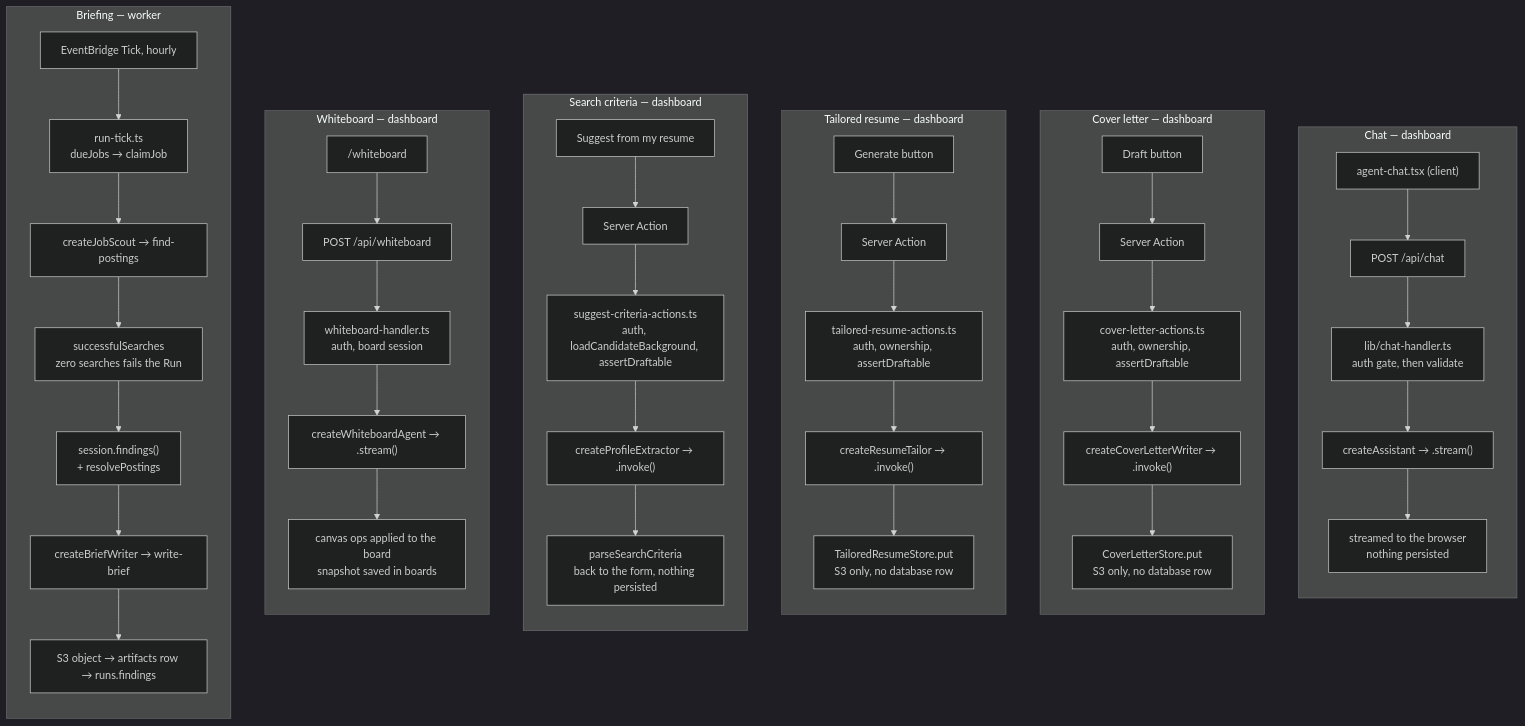
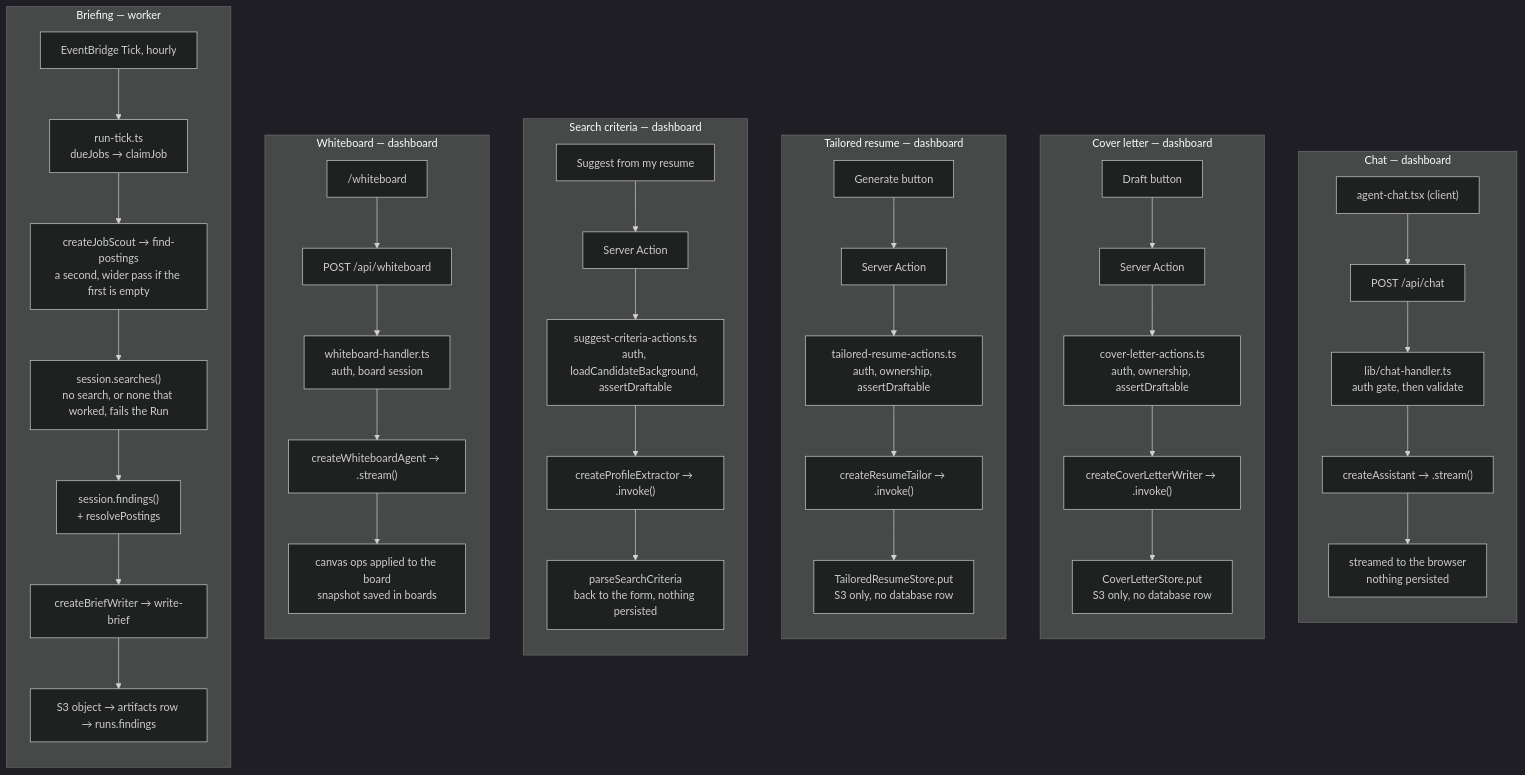
One commit to sunnyeyles/control-panel changed the fourth of 5 diagrams in docs/agent-architecture.md. Above: the diagram before and after it, drawn with Mermaid (dark theme). The commit also changed other lines of this file and 29 other files, not shown here.

First line of the commit message:
Return postings on every run, and say why when there are none

````diff
--- a/docs/agent-architecture.md
+++ b/docs/agent-architecture.md
@@ -349,52 +351,52 @@
 ```mermaid
 flowchart TD
     subgraph chat ["Chat — dashboard"]
         direction TB
         C1["agent-chat.tsx (client)"] --> C2["POST /api/chat"]
         C2 --> C3["lib/chat-handler.ts<br/>auth gate, then validate"]
         C3 --> C4["createAssistant → .stream()"]
         C4 --> C5["streamed to the browser<br/>nothing persisted"]
     end
 
     subgraph letter ["Cover letter — dashboard"]
         direction TB
         L1["Draft button"] --> L2["Server Action"]
         L2 --> L3["cover-letter-actions.ts<br/>auth, ownership, assertDraftable"]
         L3 --> L4["createCoverLetterWriter → .invoke()"]
         L4 --> L5["CoverLetterStore.put<br/>S3 only, no database row"]
     end
 
     subgraph resume ["Tailored resume — dashboard"]
         direction TB
         R1["Generate button"] --> R2["Server Action"]
         R2 --> R3["tailored-resume-actions.ts<br/>auth, ownership, assertDraftable"]
         R3 --> R4["createResumeTailor → .invoke()"]
         R4 --> R5["TailoredResumeStore.put<br/>S3 only, no database row"]
     end
 
     subgraph criteria ["Search criteria — dashboard"]
         direction TB
         S1["Suggest from my resume"] --> S2["Server Action"]
         S2 --> S3["suggest-criteria-actions.ts<br/>auth, loadCandidateBackground, assertDraftable"]
         S3 --> S4["createProfileExtractor → .invoke()"]
         S4 --> S5["parseSearchCriteria<br/>back to the form, nothing persisted"]
     end
 
     subgraph whiteboard ["Whiteboard — dashboard"]
         direction TB
         W1["/whiteboard"] --> W2["POST /api/whiteboard"]
         W2 --> W3["whiteboard-handler.ts<br/>auth, board session"]
         W3 --> W4["createWhiteboardAgent → .stream()"]
         W4 --> W5["canvas ops applied to the board<br/>snapshot saved in boards"]
     end
 
     subgraph brief ["Briefing — worker"]
         direction TB
         B1["EventBridge Tick, hourly"] --> B2["run-tick.ts<br/>dueJobs → claimJob"]
-        B2 --> B3["createJobScout → find-postings"]
-        B3 --> B4["successfulSearches<br/>zero searches fails the Run"]
+        B2 --> B3["createJobScout → find-postings<br/>a second, wider pass if the first is empty"]
+        B3 --> B4["session.searches()<br/>no search, or none that worked, fails the Run"]
         B4 --> B5["session.findings()<br/>+ resolvePostings"]
         B5 --> B6["createBriefWriter → write-brief"]
         B6 --> B7["S3 object → artifacts row → runs.findings"]
     end
 ```
````
